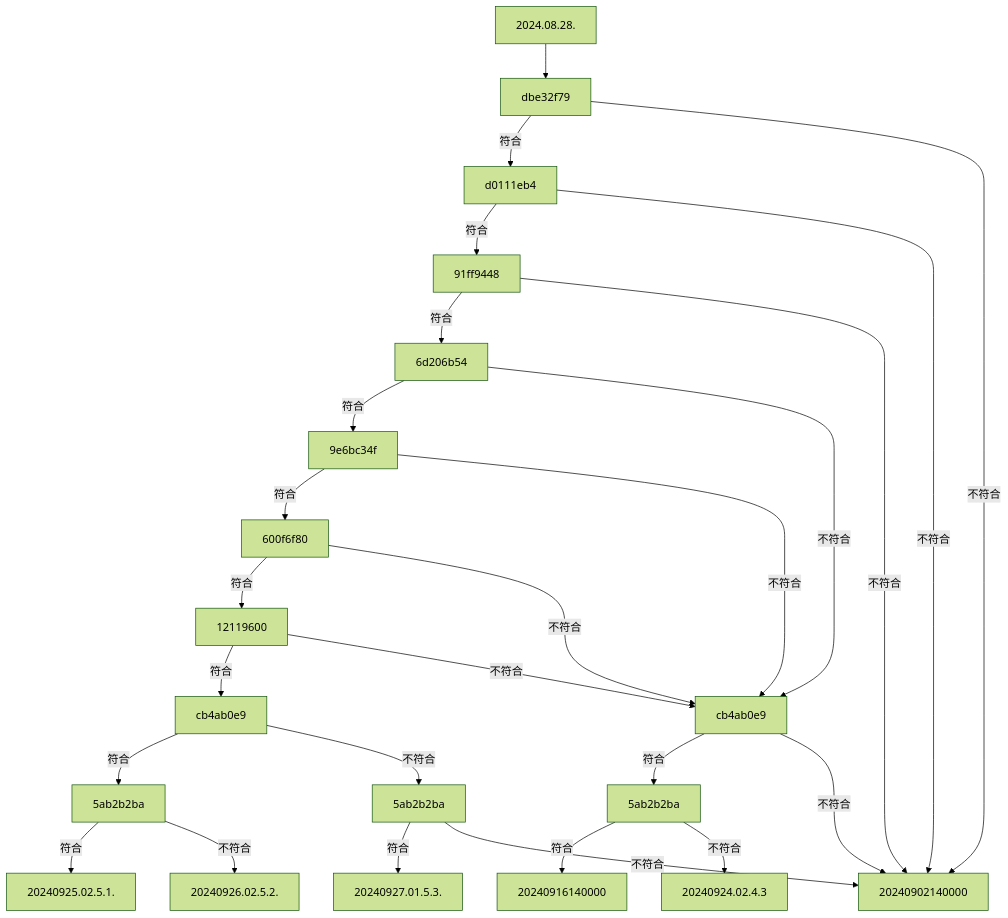
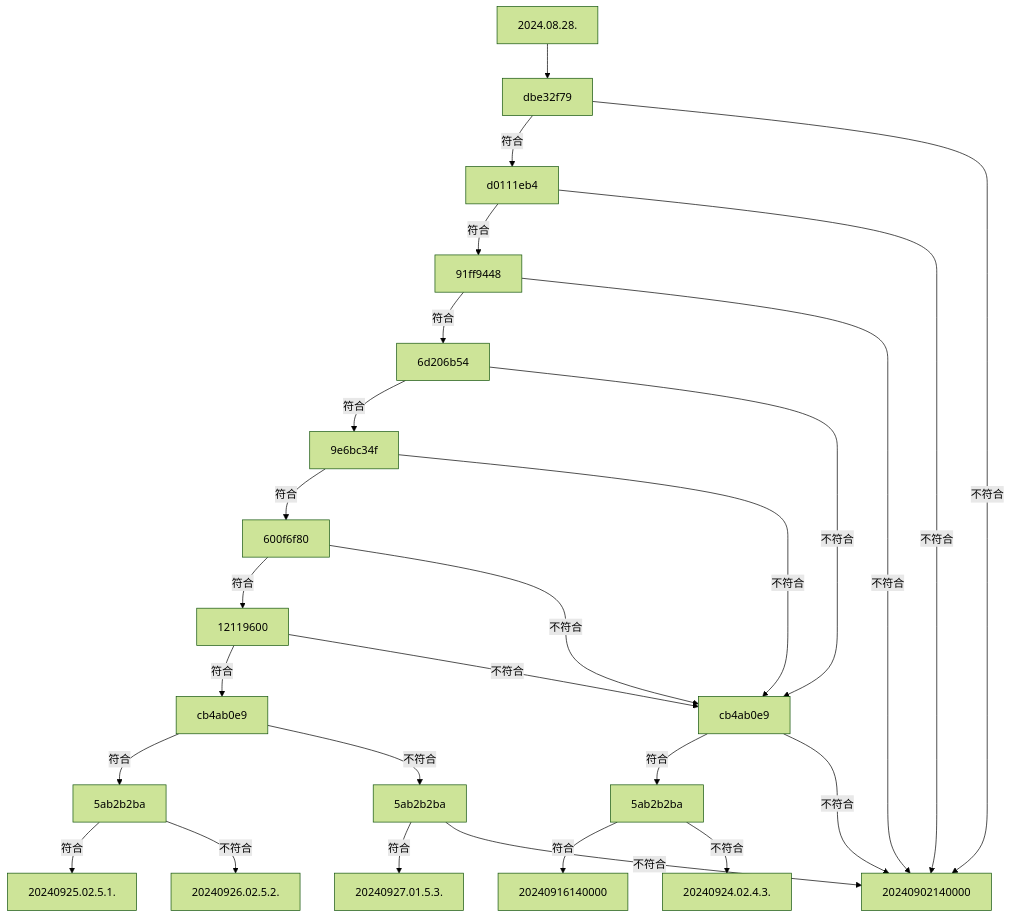
Before and after one commit to hyg/blog: the diagram in release/time/d.20240927.md, drawn with Mermaid (forest theme). The commit also changed other lines of this file, not shown here.

````diff
--- a/release/time/d.20240927.md
+++ b/release/time/d.20240927.md
@@ -68,52 +68,52 @@
 ``` mermaid
 graph
     2024.08.28. --> dbe32f79
     dbe32f79 --符合--> d0111eb4
     dbe32f79 --不符合--> 20240902140000
     d0111eb4 --符合--> 91ff9448
     d0111eb4 --不符合--> 20240902140000
     91ff9448 --符合--> 6d206b54
     91ff9448 --不符合--> 20240902140000
 
     6d206b54 --符合--> 9e6bc34f
     6d206b54 --不符合--> cb4ab0e9N[cb4ab0e9]
     9e6bc34f --符合--> 600f6f80
     9e6bc34f --不符合--> cb4ab0e9N[cb4ab0e9]
     600f6f80 --符合--> 12119600
     600f6f80 --不符合--> cb4ab0e9N[cb4ab0e9]
     12119600 --符合--> cb4ab0e9
     12119600 --不符合--> cb4ab0e9N[cb4ab0e9]
 
     cb4ab0e9N[cb4ab0e9] --符合--> 5ab2b2baN[5ab2b2ba]
     cb4ab0e9N[cb4ab0e9] --不符合--> 20240902140000
     5ab2b2baN[5ab2b2ba] --符合--> 20240916140000
-    5ab2b2baN[5ab2b2ba] --不符合--> 20240924.02.4.3
+    5ab2b2baN[5ab2b2ba] --不符合--> 20240924.02.4.3.
 
     cb4ab0e9 --符合--> 5ab2b2ba
     cb4ab0e9 --不符合--> N5ab2b2ba[5ab2b2ba]
     5ab2b2ba --符合--> 20240925.02.5.1.
     5ab2b2ba --不符合--> 20240926.02.5.2.
     N5ab2b2ba[5ab2b2ba] --符合--> 20240927.01.5.3.
     N5ab2b2ba[5ab2b2ba] --不符合--> 20240902140000
 
     click dbe32f79 "http://xuemen.github.io/PSMD/view/term.dbe32f79.html"
     click d0111eb4 "http://xuemen.github.io/PSMD/view/term.d0111eb4.html"
     click 91ff9448 "http://xuemen.github.io/PSMD/view/term.91ff9448.html"
     click 6d206b54 "http://xuemen.github.io/PSMD/view/term.6d206b54.html"
     click 9e6bc34f "http://xuemen.github.io/PSMD/view/term.9e6bc34f.html"
     click 600f6f80 "http://xuemen.github.io/PSMD/view/term.600f6f80.html"
     click 12119600 "http://xuemen.github.io/PSMD/view/term.12119600.html"
     click cb4ab0e9 "http://xuemen.github.io/PSMD/view/term.cb4ab0e9.html"
     click 5ab2b2ba "http://xuemen.github.io/PSMD/view/term.5ab2b2ba.html"
     click cb4ab0e9N "http://xuemen.github.io/PSMD/view/term.cb4ab0e9.html"
     click 5ab2b2baN "http://xuemen.github.io/PSMD/view/term.5ab2b2ba.html"
     click N5ab2b2ba "http://xuemen.github.io/PSMD/view/term.5ab2b2ba.html"
 
     click 20240902140000 "https://codeberg.org/hyg/blog/src/branch/master/release/time/d.20240902.md#default"
     click 20240916140000 "https://codeberg.org/hyg/blog/src/branch/master/release/time/d.20240916.md#4-1"
     click 20240924.02.4.3. "https://codeberg.org/hyg/blog/src/branch/master/release/time/d.20240924.md#4-3"
 
     click 20240925.02.5.1. "https://codeberg.org/hyg/blog/src/branch/master/release/time/d.20240925.md#5-1"
     click 20240926.02.5.2. "https://codeberg.org/hyg/blog/src/branch/master/release/time/d.20240926.md#5-2"
     click 20240927.01.5.3. "https://codeberg.org/hyg/blog/src/branch/master/release/time/d.20240927.md#5-3"
 ```
````
